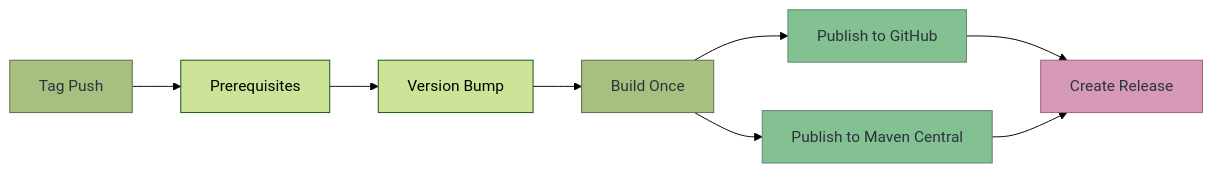
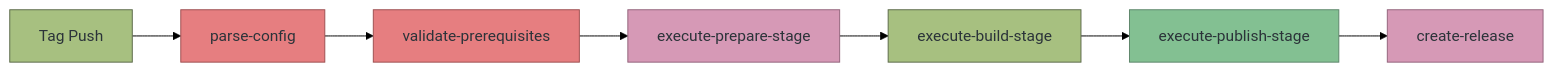
The seventh of 7 diagrams in docs/workflows.md (diggsweden/reusable-ci), drawn with Mermaid (forest theme) before and after one commit. The commit also changed other lines of this file and 237 other files, not shown here.

````diff
--- a/docs/workflows.md
+++ b/docs/workflows.md
@@ -144,16 +293,17 @@
 ```mermaid
 graph LR
-    A[Tag Push] --> B[Prerequisites]
-    B --> C[Version Bump]
-    C --> D[Build Once]
-    D --> E1[Publish to GitHub]
-    D --> E2[Publish to Maven Central]
-    E1 --> F[Create Release]
-    E2 --> F
+    A[Tag Push] --> B[parse-config]
+    B --> C[validate-prerequisites]
+    C --> D[execute-prepare-stage]
+    D --> E[execute-build-stage]
+    E --> F[execute-publish-stage]
+    F --> G[create-release]
 
     style A fill:#a7c080,stroke:#5c6a4a,color:#2b3339
-    style D fill:#a7c080,stroke:#5c6a4a,color:#2b3339
-    style E1 fill:#83c092,stroke:#5c856a,color:#2b3339
-    style E2 fill:#83c092,stroke:#5c856a,color:#2b3339
-    style F fill:#d699b6,stroke:#93647c,color:#2b3339
+    style B fill:#e67e80,stroke:#9d4f50,color:#2b3339
+    style C fill:#e67e80,stroke:#9d4f50,color:#2b3339
+    style D fill:#d699b6,stroke:#93647c,color:#2b3339
+    style E fill:#a7c080,stroke:#5c6a4a,color:#2b3339
+    style F fill:#83c092,stroke:#5c856a,color:#2b3339
+    style G fill:#d699b6,stroke:#93647c,color:#2b3339
 ```
````
